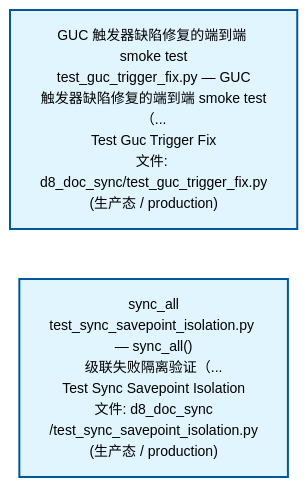
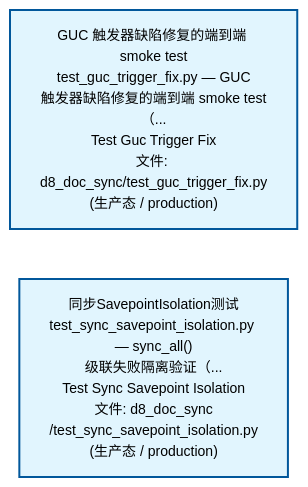
The second of 4 diagrams in docs/02_enterprise_architecture/02_domain_architecture_docs/51_d_gov_docs.md (xuanFelixVan/ZephyrAlpha), drawn with Mermaid before and after one commit. The commit also changed other lines of this file and 56 other files, not shown here.

````diff
--- a/docs/02_enterprise_architecture/02_domain_architecture_docs/51_d_gov_docs.md
+++ b/docs/02_enterprise_architecture/02_domain_architecture_docs/51_d_gov_docs.md
@@ -121,12 +121,12 @@
 ```mermaid
 %%{init: {'theme': 'base', 'themeVariables': {'primaryColor': '#eaeaea', 'primaryTextColor': '#333333', 'primaryBorderColor': '#666666', 'lineColor': '#666666', 'secondaryColor': '#eaeaea', 'tertiaryColor': '#eaeaea', 'fontSize': '14px'}}}%%
 flowchart TD
     tests_governance_d8_doc_sync_test_guc_trigger_fix_py["GUC 触发器缺陷修复的端到端 smoke test<br/>test_guc_trigger_fix.py — GUC<br/>触发器缺陷修复的端到端 smoke test（...<br/>Test Guc Trigger Fix<br/>文件: d8_doc_sync/test_guc_trigger_fix.py<br/>(生产态 / production)"]
-    tests_governance_d8_doc_sync_test_sync_savepoint_isolation_py["sync_all<br/>test_sync_savepoint_isolation.py — sync_all()<br/>级联失败隔离验证（...<br/>Test Sync Savepoint Isolation<br/>文件: d8_doc_sync<br/>/test_sync_savepoint_isolation.py<br/>(生产态 / production)"]
+    tests_governance_d8_doc_sync_test_sync_savepoint_isolation_py["同步SavepointIsolation测试<br/>test_sync_savepoint_isolation.py — sync_all()<br/>级联失败隔离验证（...<br/>Test Sync Savepoint Isolation<br/>文件: d8_doc_sync<br/>/test_sync_savepoint_isolation.py<br/>(生产态 / production)"]
     tests_governance_d8_doc_sync_test_guc_trigger_fix_py ~~~ tests_governance_d8_doc_sync_test_sync_savepoint_isolation_py
     classDef production fill:#e1f5fe,stroke:#01579b,stroke-width:2px,color:#000
     classDef design fill:#fff3e0,stroke:#e65100,stroke-width:2px,color:#000,stroke-dasharray: 5 5
     classDef external_prod fill:#e8f4fd,stroke:#0277bd,stroke-width:1px,color:#000
     classDef external_design fill:#fff8e7,stroke:#ef6c00,stroke-width:1px,color:#000,stroke-dasharray: 5 5
     class tests_governance_d8_doc_sync_test_guc_trigger_fix_py,tests_governance_d8_doc_sync_test_sync_savepoint_isolation_py production
 ```
````
